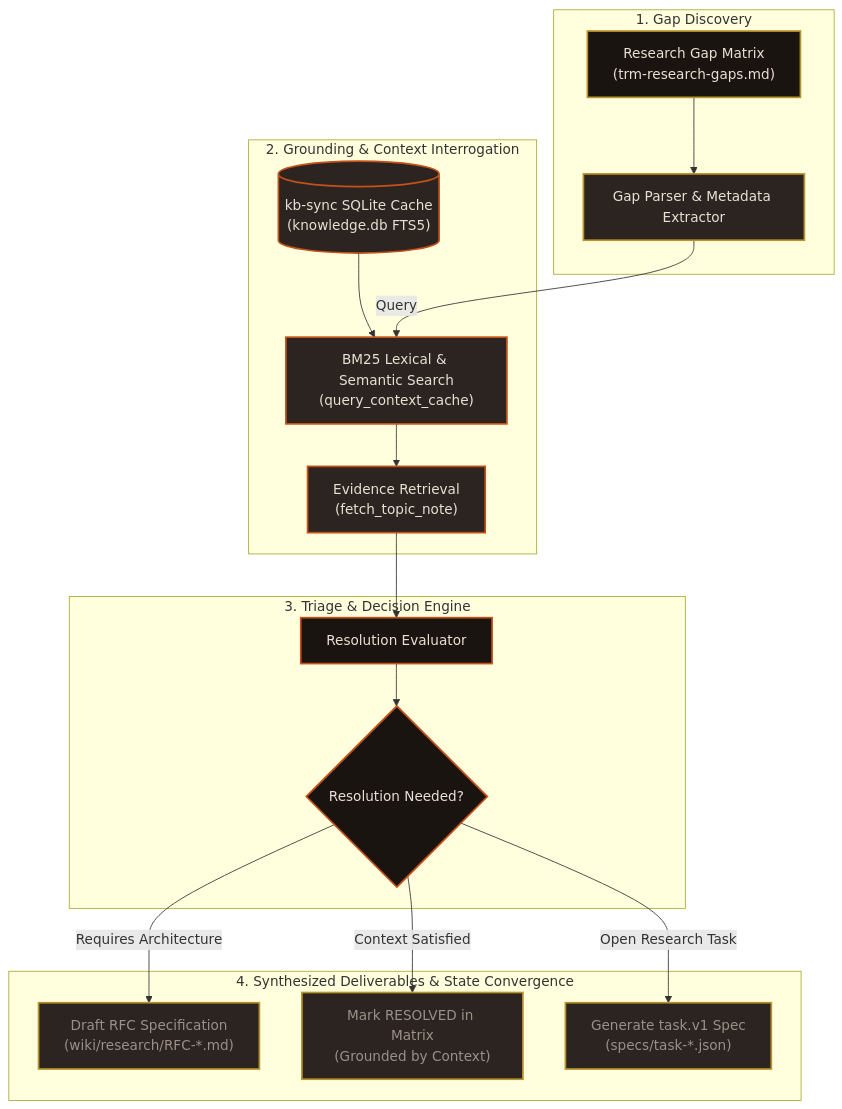
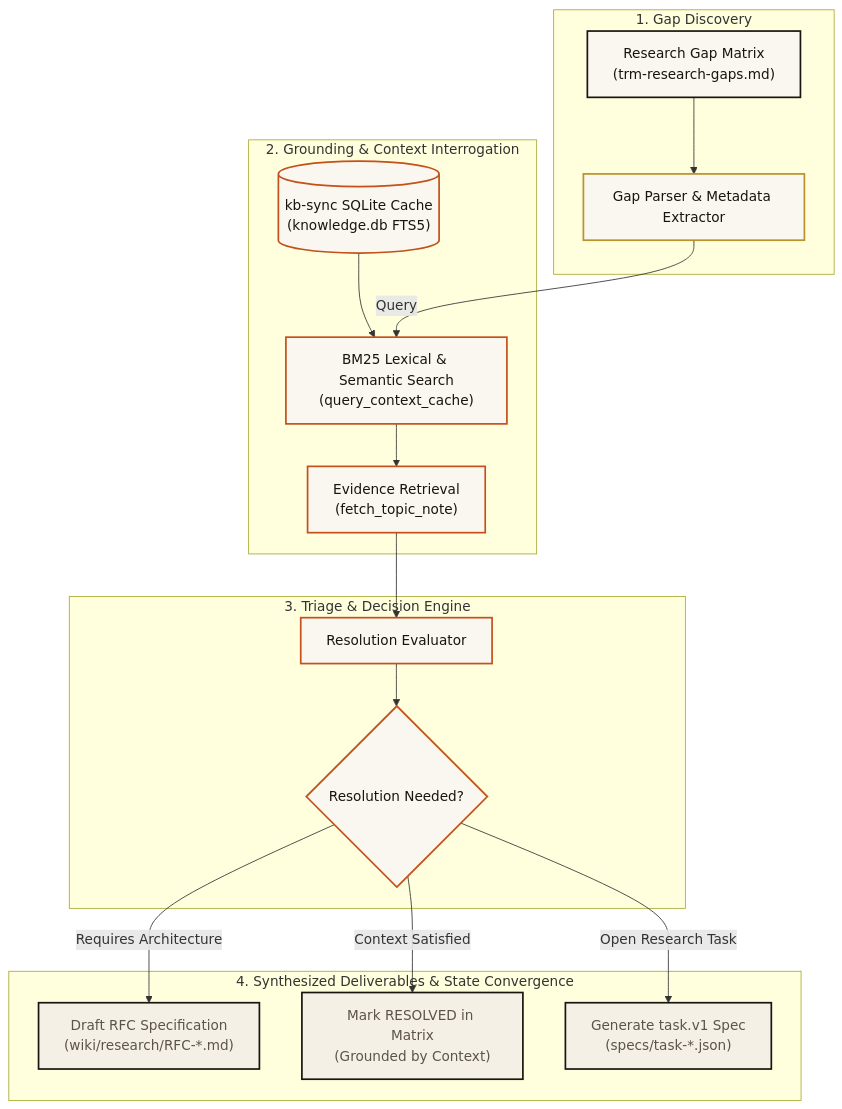
Before and after one commit to sorensencc-dotcom/TRM: the diagram in wiki/Closed-Loop-Gap-Triage-&-RFC-Synthesis.md, drawn with Mermaid. The commit also changed 23 other files, not shown here.

First line of the commit message:
docs(wiki): CIC readable parchment diagrams (F5F0E6 field)

````diff
--- a/wiki/Closed-Loop-Gap-Triage-&-RFC-Synthesis.md
+++ b/wiki/Closed-Loop-Gap-Triage-&-RFC-Synthesis.md
@@ -37,43 +37,43 @@
 ```mermaid
 flowchart TD
-    classDef inputStyle fill:#1A1410,stroke:#B8922A,stroke-width:2px,color:#E8E0D4;
-    classDef stageStyle fill:#2C2420,stroke:#B8922A,stroke-width:2px,color:#E8E0D4;
-    classDef cacheStyle fill:#2C2420,stroke:#C4501A,stroke-width:2px,color:#E8E0D4;
-    classDef gateStyle fill:#1A1410,stroke:#C4501A,stroke-width:2px,color:#E8E0D4;
-    classDef syncStyle fill:#2C2420,stroke:#B8922A,stroke-width:2px,color:#9A9088;
+    classDef inputStyle fill:#FAF6F0,stroke:#1A1410,stroke-width:2px,color:#1A1410;
+    classDef stageStyle fill:#FAF6F0,stroke:#B8922A,stroke-width:2px,color:#1A1410;
+    classDef cacheStyle fill:#FAF6F0,stroke:#C4501A,stroke-width:2px,color:#1A1410;
+    classDef gateStyle fill:#FAF6F0,stroke:#C4501A,stroke-width:2px,color:#1A1410;
+    classDef syncStyle fill:#F5F0E6,stroke:#1A1410,stroke-width:2px,color:#5C5349;
 
     subgraph Discovery["1. Gap Discovery"]
         G_INPUT["Research Gap Matrix<br/>(trm-research-gaps.md)"]:::inputStyle
         G_PARSE["Gap Parser & Metadata Extractor"]:::stageStyle
         G_INPUT --> G_PARSE
     end
 
     subgraph ContextCache["2. Grounding & Context Interrogation"]
         CACHE_DB[("kb-sync SQLite Cache<br/>(knowledge.db FTS5)")]:::cacheStyle
         BM25_SEARCH["BM25 Lexical & Semantic Search<br/>(query_context_cache)"]:::cacheStyle
         FETCH_NOTE["Evidence Retrieval<br/>(fetch_topic_note)"]:::cacheStyle
         
         CACHE_DB --> BM25_SEARCH
         BM25_SEARCH --> FETCH_NOTE
     end
 
     G_PARSE -->|Query| BM25_SEARCH
 
     subgraph DecisionEngine["3. Triage & Decision Engine"]
         EVAL["Resolution Evaluator"]:::gateStyle
         DEC_RFC{"Resolution Needed?"}:::gateStyle
         
         FETCH_NOTE --> EVAL
         EVAL --> DEC_RFC
     end
 
     subgraph Output["4. Synthesized Deliverables & State Convergence"]
         RFC_DRAFT["Draft RFC Specification<br/>(wiki/research/RFC-*.md)"]:::syncStyle
         MARK_RESOLVED["Mark RESOLVED in Matrix<br/>(Grounded by Context)"]:::syncStyle
         OPEN_TASK["Generate task.v1 Spec<br/>(specs/task-*.json)"]:::syncStyle
         
         DEC_RFC -->|Requires Architecture| RFC_DRAFT
         DEC_RFC -->|Context Satisfied| MARK_RESOLVED
         DEC_RFC -->|Open Research Task| OPEN_TASK
     end
 ```
````
